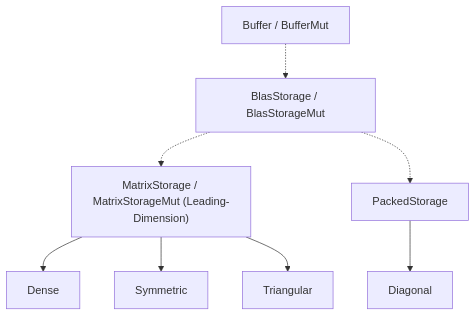
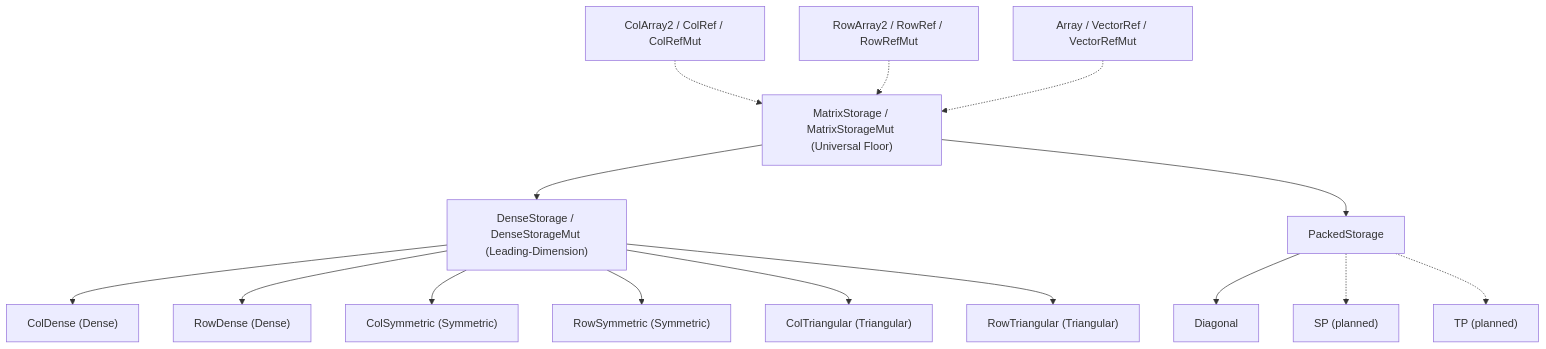
One commit to Dyse-Industries/control-rs changed the diagram in documentation/math/storage-subprograms-design.md. Above: the diagram before and after it, drawn with Mermaid. The commit also changed other lines of this file and 11 other files, not shown here.

````diff
--- a/documentation/math/storage-subprograms-design.md
+++ b/documentation/math/storage-subprograms-design.md
@@ -113,25 +111,32 @@
 ```mermaid
 graph TD
-%% Tier 0
-    T0["Buffer / BufferMut"]
-%% Tier 1
-    T1["BlasStorage / BlasStorageMut"]
-%% Tier 2
-    T2A["MatrixStorage / MatrixStorageMut (Leading-Dimension)"]
+    T0A["ColArray2 / ColRef / ColRefMut"]
+    T0B["RowArray2 / RowRef / RowRefMut"]
+    T0C["Array / VectorRef / VectorRefMut"]
+    T1["MatrixStorage / MatrixStorageMut (Universal Floor)"]
+    T2A["DenseStorage / DenseStorageMut (Leading-Dimension)"]
     T2B["PackedStorage"]
-%% Tier 3 Leaves
-    L_Dense["Dense"]
-    L_Sym["Symmetric"]
-    L_Tri["Triangular"]
+    L_ColDense["ColDense (Dense)"]
+    L_ColSym["ColSymmetric (Symmetric)"]
+    L_ColTri["ColTriangular (Triangular)"]
+    L_RowDense["RowDense (Dense)"]
+    L_RowSym["RowSymmetric (Symmetric)"]
+    L_RowTri["RowTriangular (Triangular)"]
     L_Diag["Diagonal"]
-%% Connections
-    T0 -.-> T1
-    T1 -.-> T2A
-    T1 -.-> T2B
-%% MatrixStorage Leaves
-    T2A --> L_Dense
-    T2A --> L_Sym
-    T2A --> L_Tri
-%% PackedStorage Leaves
+    L_SP["SP (planned)"]
+    L_TP["TP (planned)"]
+    T0A -.-> T1
+    T0B -.-> T1
+    T0C -.-> T1
+    T1 --> T2A
+    T1 --> T2B
+    T2A --> L_ColDense
+    T2A --> L_RowDense
+    T2A --> L_ColSym
+    T2A --> L_RowSym
+    T2A --> L_ColTri
+    T2A --> L_RowTri
     T2B --> L_Diag
+    T2B -.-> L_SP
+    T2B -.-> L_TP
 ```
````
